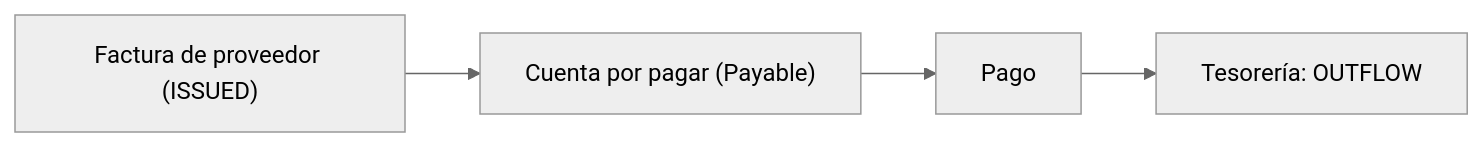
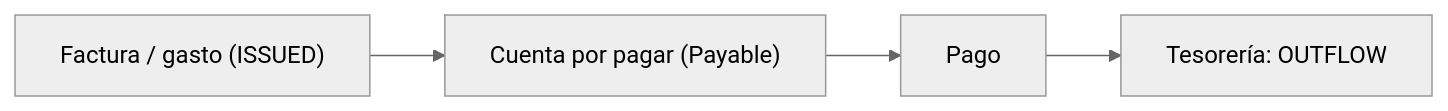
Before and after one commit to simonbravin/bloqer-v2: the seventh of 9 diagrams in docs/bloqer2.0/GUIA_OPERATIVA_BLOQER_V2.md, drawn with Mermaid (neutral theme). The commit also changed other lines of this file, not shown here.

````diff
--- a/docs/bloqer2.0/GUIA_OPERATIVA_BLOQER_V2.md
+++ b/docs/bloqer2.0/GUIA_OPERATIVA_BLOQER_V2.md
@@ -878,5 +898,5 @@
 ```mermaid
 flowchart LR
-  SI["Factura de proveedor (ISSUED)"] --> AP["Cuenta por pagar (Payable)"]
+  SI["Factura / gasto (ISSUED)"] --> AP["Cuenta por pagar (Payable)"]
   AP --> PAY["Pago"] --> TES["Tesorería: OUTFLOW"]
 ```
````
